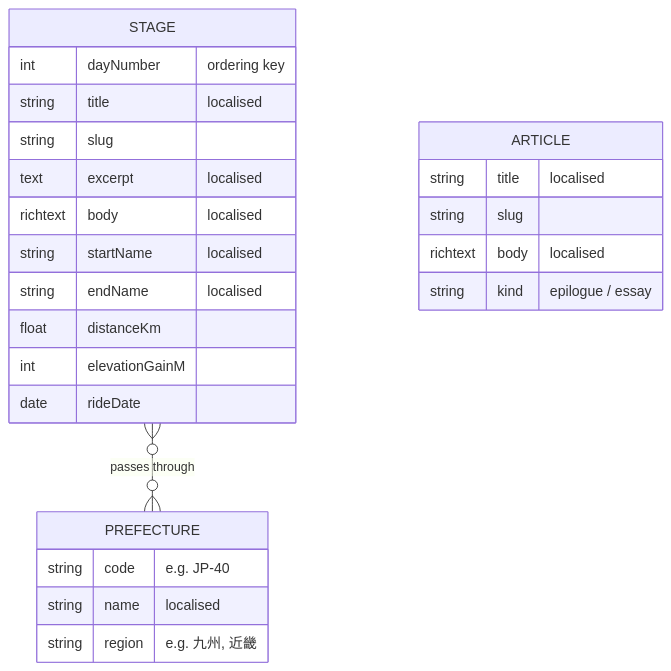
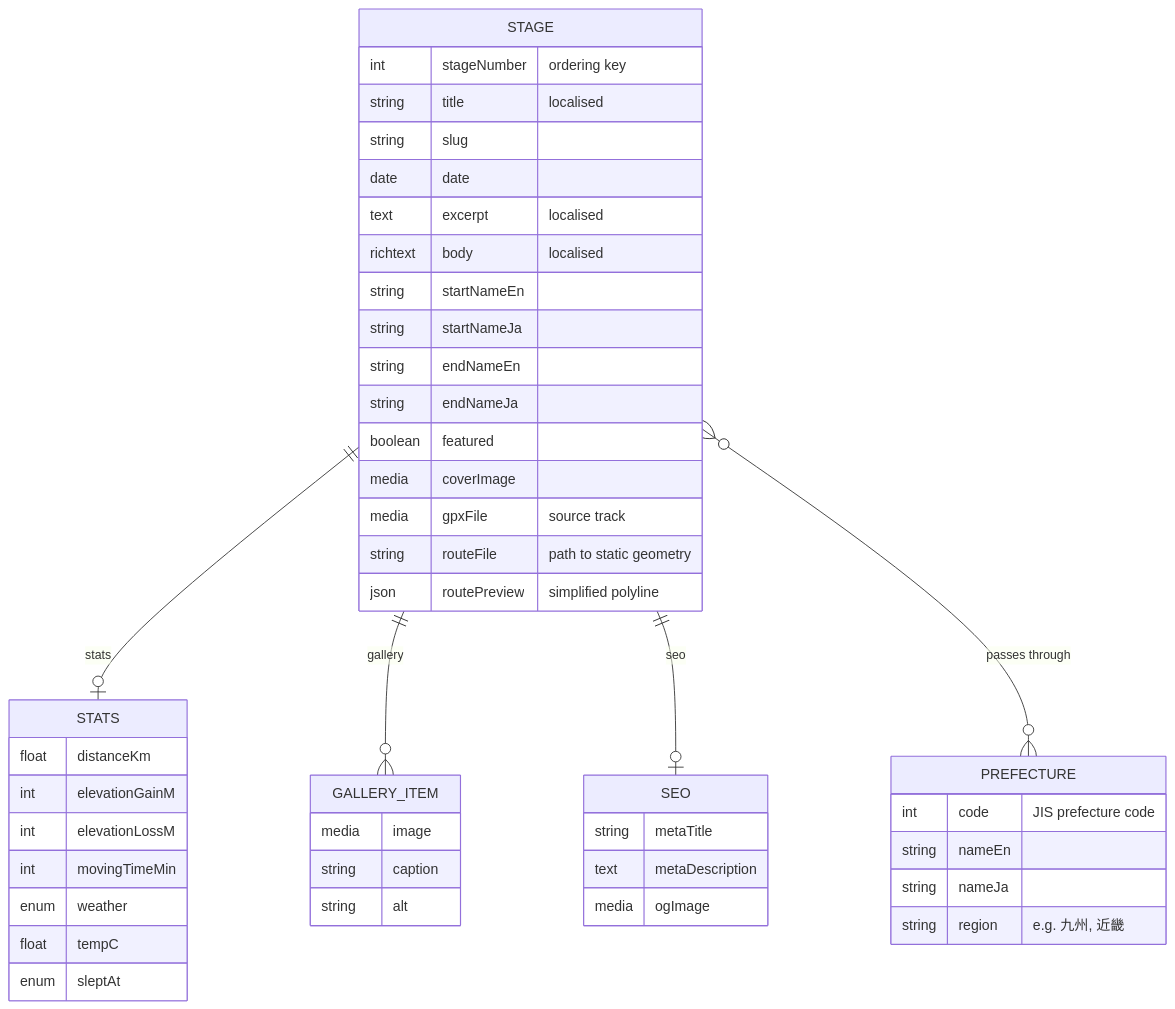
Before and after one commit to thecodingrunner/foreigners-traverse-new: the fourth of 8 diagrams in README.md, drawn with Mermaid. The commit also changed other lines of this file, not shown here.

````diff
--- a/README.md
+++ b/README.md
@@ -168,28 +168,50 @@
 ```mermaid
 erDiagram
     STAGE {
-        int     dayNumber "ordering key"
-        string  title "localised"
-        string  slug
-        text    excerpt "localised"
+        int      stageNumber "ordering key"
+        string   title "localised"
+        string   slug
+        date     date
+        text     excerpt "localised"
         richtext body "localised"
-        string  startName "localised"
-        string  endName "localised"
-        float   distanceKm
-        int     elevationGainM
-        date    rideDate
+        string   startNameEn
+        string   startNameJa
+        string   endNameEn
+        string   endNameJa
+        boolean  featured
+        media    coverImage
+        media    gpxFile "source track"
+        string   routeFile "path to static geometry"
+        json     routePreview "simplified polyline"
+    }
+    STATS {
+        float  distanceKm
+        int    elevationGainM
+        int    elevationLossM
+        int    movingTimeMin
+        enum   weather
+        float  tempC
+        enum   sleptAt
+    }
+    GALLERY_ITEM {
+        media  image
+        string caption
+        string alt
+    }
+    SEO {
+        string metaTitle
+        text   metaDescription
+        media  ogImage
     }
     PREFECTURE {
-        string code "e.g. JP-40"
-        string name "localised"
+        int    code "JIS prefecture code"
+        string nameEn
+        string nameJa
         string region "e.g. 九州, 近畿"
     }
-    ARTICLE {
-        string title "localised"
-        string slug
-        richtext body "localised"
-        string kind "epilogue / essay"
-    }
 
+    STAGE ||--o| STATS : "stats"
+    STAGE ||--o{ GALLERY_ITEM : "gallery"
+    STAGE ||--o| SEO : "seo"
     STAGE }o--o{ PREFECTURE : "passes through"
 ```
````
